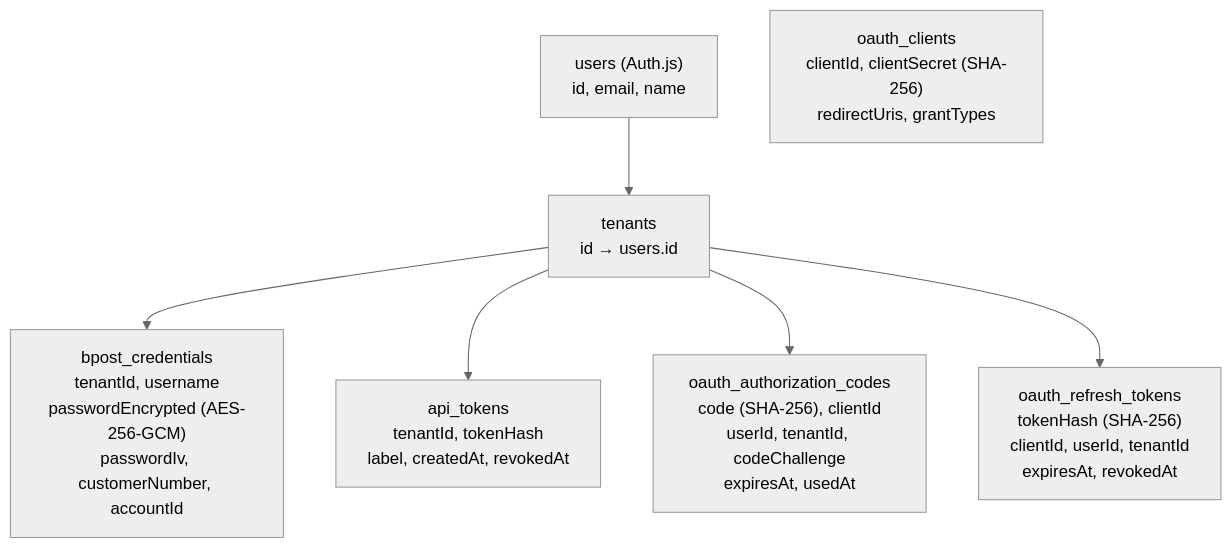
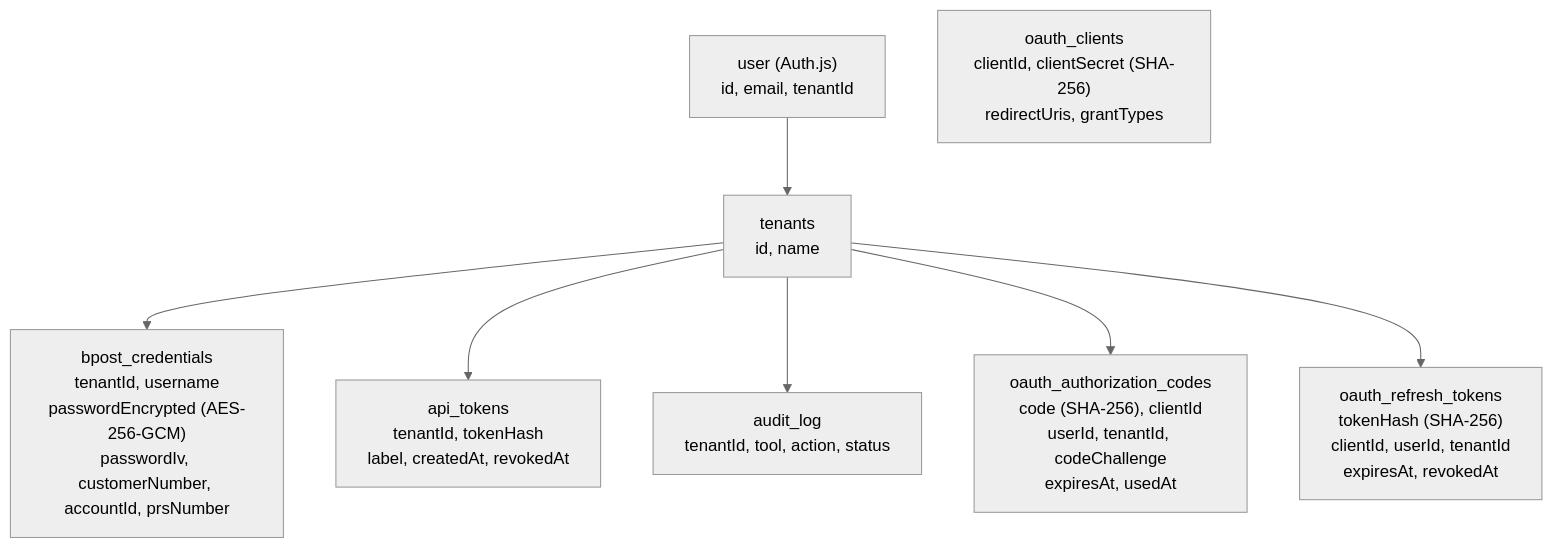
One commit to markminnoye/bpost-mcp changed the fourth of 5 diagrams in docs/internal/architecture.md. Above: the diagram before and after it, drawn with Mermaid (neutral theme). The commit also changed other lines of this file and 16 other files, not shown here.

````diff
--- a/docs/internal/architecture.md
+++ b/docs/internal/architecture.md
@@ -137,16 +158,18 @@
 ```mermaid
 flowchart TD
-    U["users (Auth.js)<br/>id, email, name"]
-    T["tenants<br/>id → users.id"]
-    C["bpost_credentials<br/>tenantId, username<br/>passwordEncrypted (AES-256-GCM)<br/>passwordIv, customerNumber, accountId"]
+    T["tenants<br/>id, name"]
+    U["user (Auth.js)<br/>id, email, tenantId"]
+    C["bpost_credentials<br/>tenantId, username<br/>passwordEncrypted (AES-256-GCM)<br/>passwordIv, customerNumber, accountId, prsNumber"]
     AT["api_tokens<br/>tenantId, tokenHash<br/>label, createdAt, revokedAt"]
+    AL["audit_log<br/>tenantId, tool, action, status"]
     OC["oauth_clients<br/>clientId, clientSecret (SHA-256)<br/>redirectUris, grantTypes"]
     OAC["oauth_authorization_codes<br/>code (SHA-256), clientId<br/>userId, tenantId, codeChallenge<br/>expiresAt, usedAt"]
     ORT["oauth_refresh_tokens<br/>tokenHash (SHA-256)<br/>clientId, userId, tenantId<br/>expiresAt, revokedAt"]
 
     U --> T
     T --> C
     T --> AT
+    T --> AL
     T --> OAC
     T --> ORT
 ```
````
